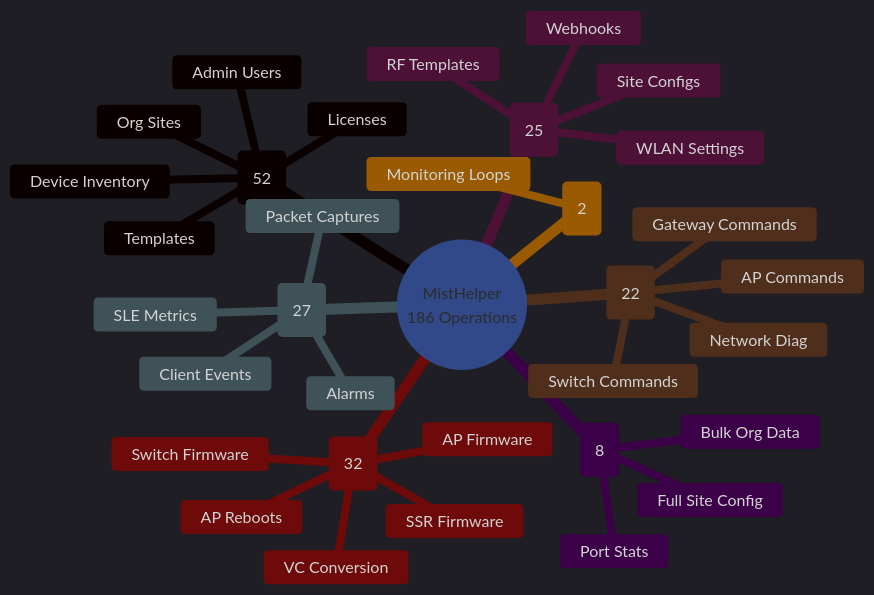
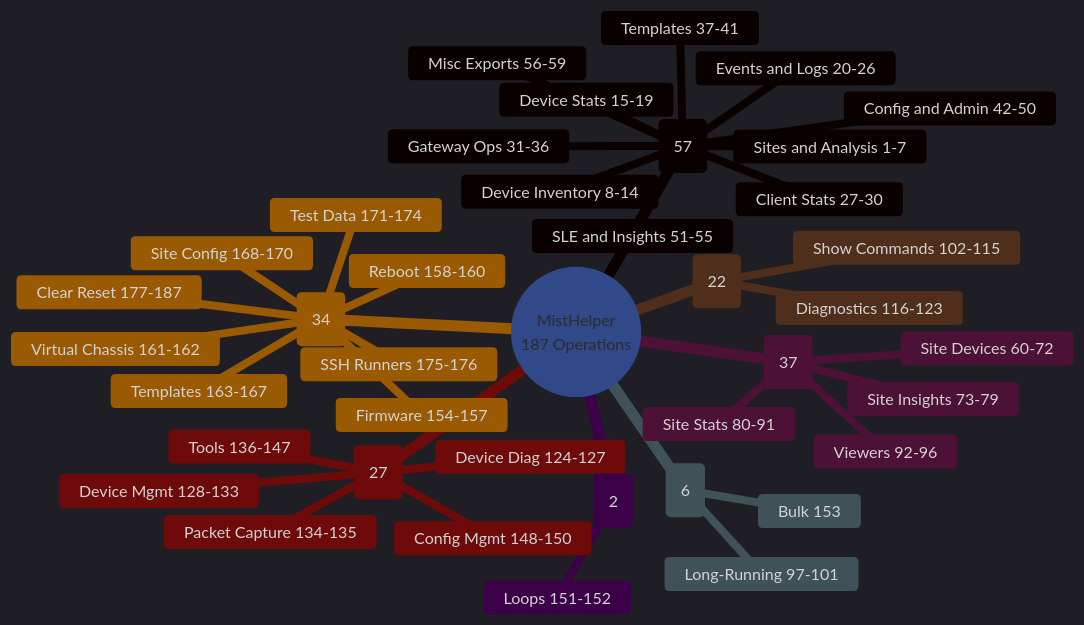
The second of 2 diagrams in README.md (jmorrison-juniper/MistHelper), drawn with Mermaid before and after one commit. The commit also changed other lines of this file and 3 other files, not shown here.

First line of the commit message:
feat(MistHelper.py): regroup 188 menu operations into 30 logical blocks (0-187)

````diff
--- a/README.md
+++ b/README.md
@@ -96,47 +96,53 @@
 ```mermaid
 %%{init: {'theme': 'dark', 'themeVariables': {
   'primaryColor': '#E20074',
   'primaryTextColor': '#E0E0E0',
   'primaryBorderColor': '#99004D',
   'lineColor': '#FF4DA6',
   'secondaryColor': '#16213E',
   'tertiaryColor': '#1A1A2E',
   'fontFamily': 'ui-monospace, monospace'
 }}}%%
 mindmap
-   root((MistHelper<br/>186 Operations))
-    Safe (52)
-      Org Sites
-      Device Inventory
-      Licenses
-      Templates
-      Admin Users
-    Interactive Safe (25)
-      Site Configs
-      WLAN Settings
-      RF Templates
-      Webhooks
+   root((MistHelper<br/>187 Operations))
+    Safe Org Exports (57)
+      Sites and Analysis 1-7
+      Device Inventory 8-14
+      Device Stats 15-19
+      Events and Logs 20-26
+      Client Stats 27-30
+      Gateway Ops 31-36
+      Templates 37-41
+      Config and Admin 42-50
+      SLE and Insights 51-55
+      Misc Exports 56-59
+    Interactive Safe (37)
+      Site Devices 60-72
+      Site Insights 73-79
+      Site Stats 80-91
+      Viewers 92-96
+    Resource Intensive (6)
+      Long-Running 97-101
+      Bulk 153
+    WebSocket (22)
+      Show Commands 102-115
+      Diagnostics 116-123
     Interactive (27)
-      Packet Captures
-      SLE Metrics
-      Client Events
-      Alarms
-    WebSocket (22)
-      AP Commands
-      Switch Commands
-      Gateway Commands
-      Network Diag
-    Destructive (32)
+      Device Diag 124-127
+      Device Mgmt 128-133
+      Packet Capture 134-135
+      Tools 136-147
+      Config Mgmt 148-150
+    Continuous (2)
+      Loops 151-152
+    Destructive (34)
       ::icon(fa fa-warning)
-      AP Firmware
-      Switch Firmware
-      SSR Firmware
-      AP Reboots
-      VC Conversion
-    Resource Intensive (8)
-      Port Stats
-      Full Site Config
-      Bulk Org Data
-    Continuous (2)
-      Monitoring Loops
+      Firmware 154-157
+      Reboot 158-160
+      Virtual Chassis 161-162
+      Templates 163-167
+      Site Config 168-170
+      Test Data 171-174
+      SSH Runners 175-176
+      Clear Reset 177-187
 ```
````
